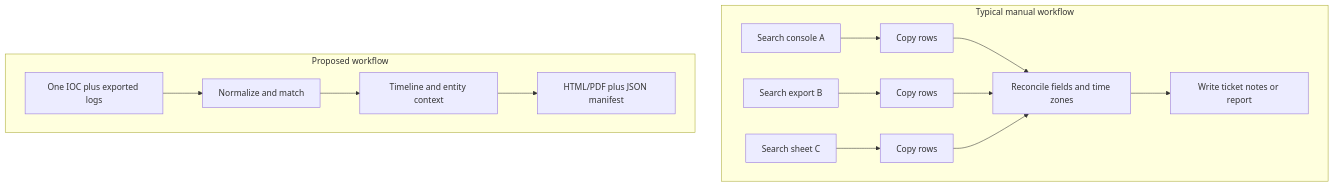
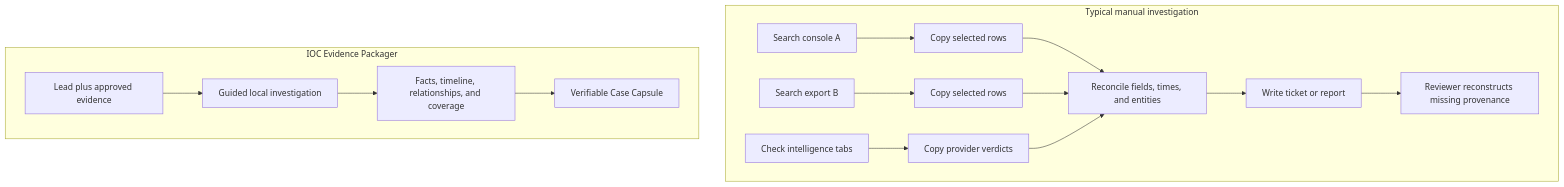
The first of 2 diagrams in docs/PROJECT_PRIMER.md (saltyma/ioc-evidence-packager), drawn with Mermaid before and after one commit. The commit also changed other lines of this file and 22 other files, not shown here.

````diff
--- a/docs/PROJECT_PRIMER.md
+++ b/docs/PROJECT_PRIMER.md
@@ -31,17 +31,19 @@
 ```mermaid
 flowchart TB
-    subgraph Before["Typical manual workflow"]
-        A1["Search console A"] --> A2["Copy rows"]
-        B1["Search export B"] --> B2["Copy rows"]
-        C1["Search sheet C"] --> C2["Copy rows"]
-        A2 --> D["Reconcile fields and time zones"]
+    subgraph Manual["Typical manual investigation"]
+        A1["Search console A"] --> A2["Copy selected rows"]
+        B1["Search export B"] --> B2["Copy selected rows"]
+        C1["Check intelligence tabs"] --> C2["Copy provider verdicts"]
+        A2 --> D["Reconcile fields, times, and entities"]
         B2 --> D
         C2 --> D
-        D --> E["Write ticket notes or report"]
+        D --> E["Write ticket or report"]
+        E --> F["Reviewer reconstructs missing provenance"]
     end
-    subgraph After["Proposed workflow"]
-        F["One IOC plus exported logs"] --> G["Normalize and match"]
-        G --> H["Timeline and entity context"]
-        H --> I["HTML/PDF plus JSON manifest"]
+
+    subgraph Packager["IOC Evidence Packager"]
+        G["Lead plus approved evidence"] --> H["Guided local investigation"]
+        H --> I["Facts, timeline, relationships, and coverage"]
+        I --> J["Verifiable Case Capsule"]
     end
 ```
````
